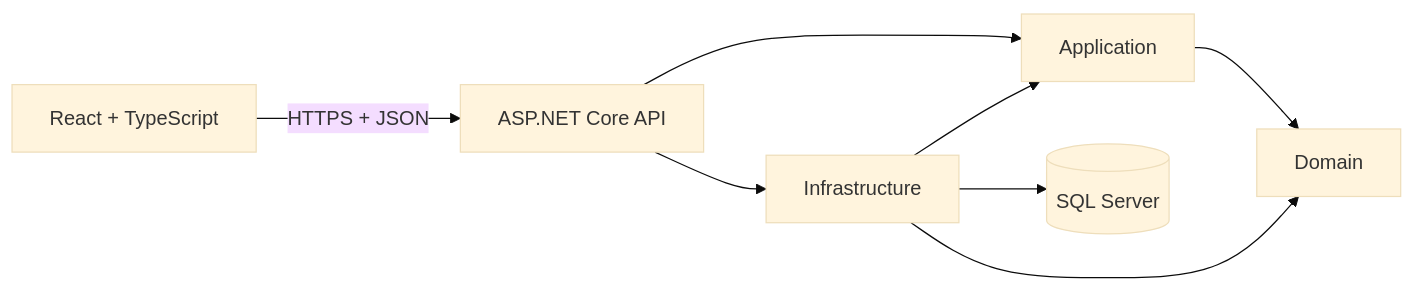
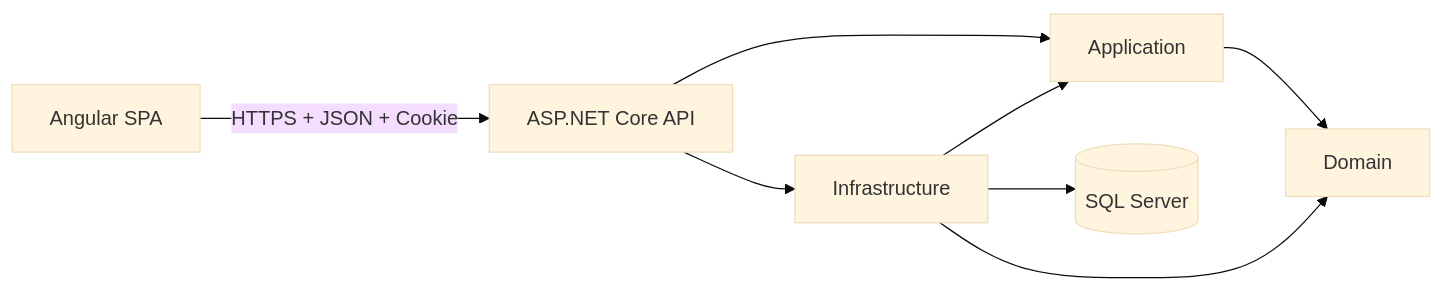
One commit to jefferRB/PersonalOS changed the diagram in README.md. Above: the diagram before and after it, drawn with Mermaid (base theme). The commit also changed other lines of this file and 102 other files, not shown here.

````diff
--- a/README.md
+++ b/README.md
@@ -56,10 +60,10 @@
 ```mermaid
 flowchart LR
-    WEB[React + TypeScript] -->|HTTPS + JSON| API[ASP.NET Core API]
+    WEB[Angular SPA] -->|HTTPS + JSON + Cookie| API[ASP.NET Core API]
     API --> APP[Application]
     API --> INFRA[Infrastructure]
     APP --> DOMAIN[Domain]
     INFRA --> APP
     INFRA --> DOMAIN
     INFRA --> DB[(SQL Server)]
 ```
````
